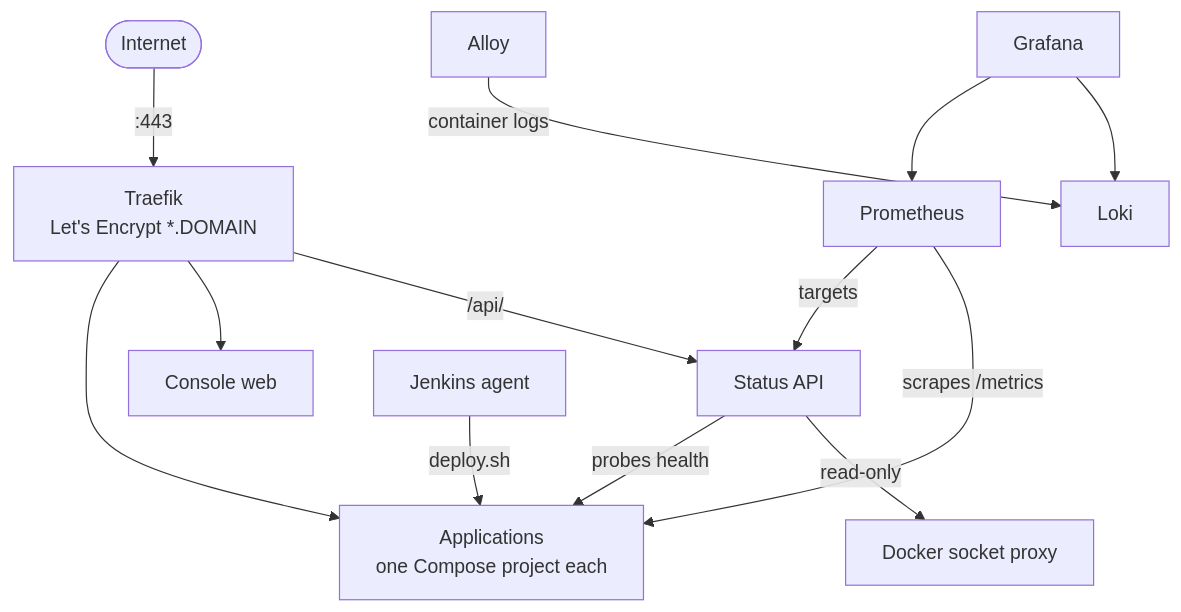
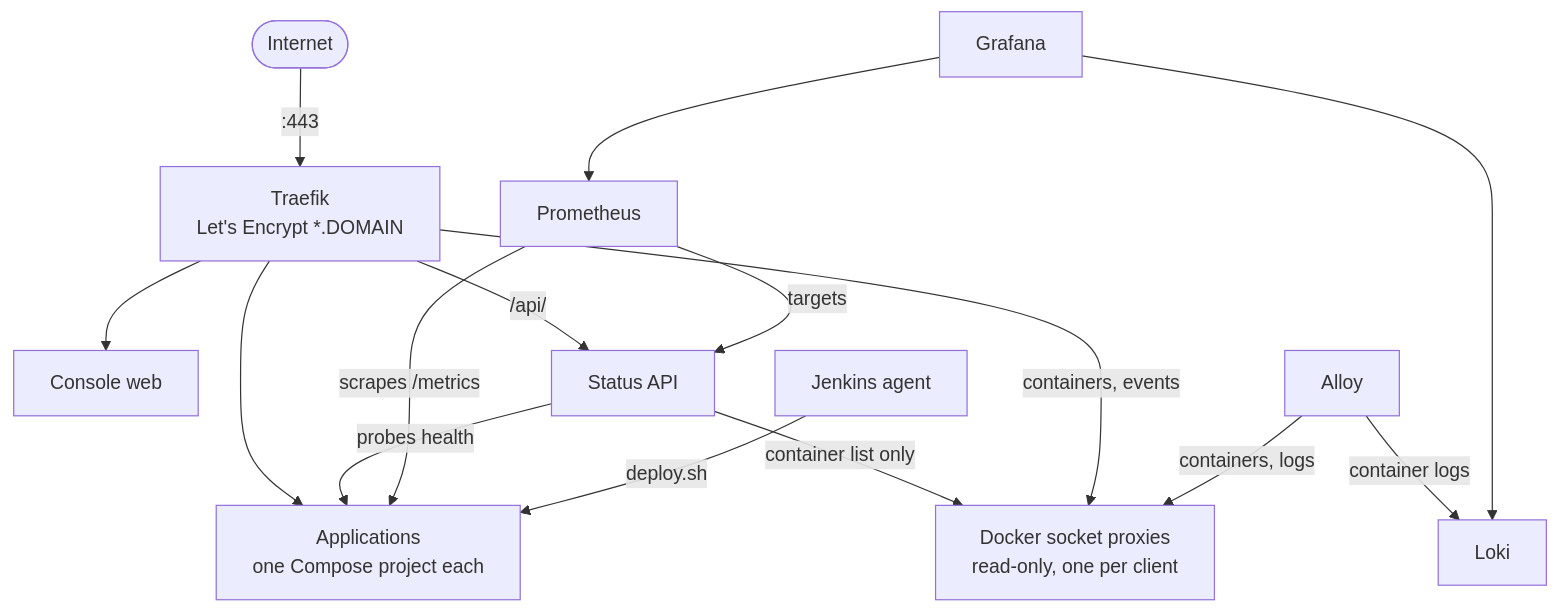
The fourth of 4 diagrams in README.md (artur-rios/yggdrasil), drawn with Mermaid before and after one commit. The commit also changed other lines of this file and 5 other files, not shown here.

````diff
--- a/README.md
+++ b/README.md
@@ -111,15 +111,17 @@
 ```mermaid
 flowchart TB
     net([Internet]) -- ":443" --> traefik[Traefik<br/>Let's Encrypt *.DOMAIN]
     traefik --> apps[Applications<br/>one Compose project each]
     traefik --> console[Console web]
     traefik -- "/api/" --> status[Status API]
     status -- probes health --> apps
-    status -- read-only --> proxy[Docker socket proxy]
+    status -- container list only --> proxy[Docker socket proxies<br/>read-only, one per client]
+    traefik -- containers, events --> proxy
+    alloy -- containers, logs --> proxy
     prom[Prometheus] -- targets --> status
     prom -- scrapes /metrics --> apps
     alloy[Alloy] -- container logs --> loki[Loki]
     grafana[Grafana] --> prom
     grafana --> loki
     agent[Jenkins agent] -- deploy.sh --> apps
 ```
````
